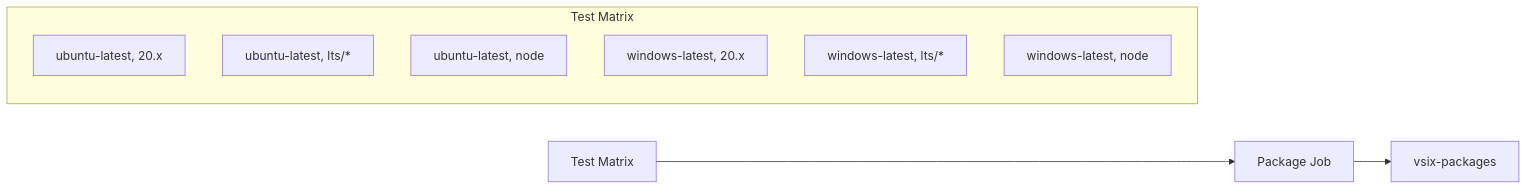
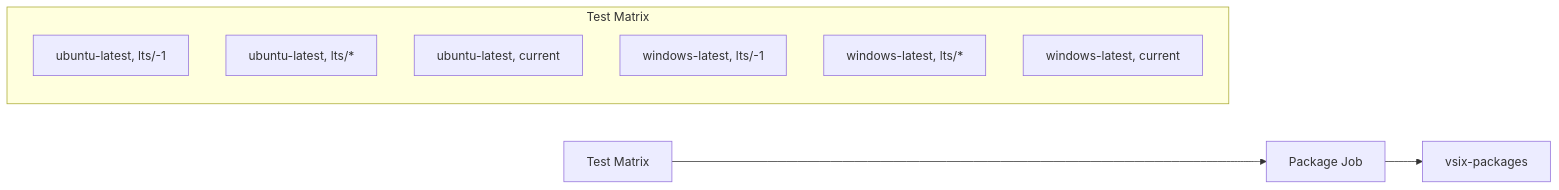
The second of 8 diagrams in .github/workflows/README.md (forcedotcom/apex-language-support), drawn with Mermaid before and after one commit. The commit also changed 106 other files, not shown here.

````diff
--- a/.github/workflows/README.md
+++ b/.github/workflows/README.md
@@ -160,14 +160,14 @@
 ```mermaid
 graph LR
     A[Test Matrix] --> B[Package Job]
     B --> C[vsix-packages]
 
     subgraph "Test Matrix"
-        D[ubuntu-latest, 20.x]
+        D[ubuntu-latest, lts/-1]
         E[ubuntu-latest, lts/*]
-        F[ubuntu-latest, node]
-        G[windows-latest, 20.x]
+        F[ubuntu-latest, current]
+        G[windows-latest, lts/-1]
         H[windows-latest, lts/*]
-        I[windows-latest, node]
+        I[windows-latest, current]
     end
 ```
````
